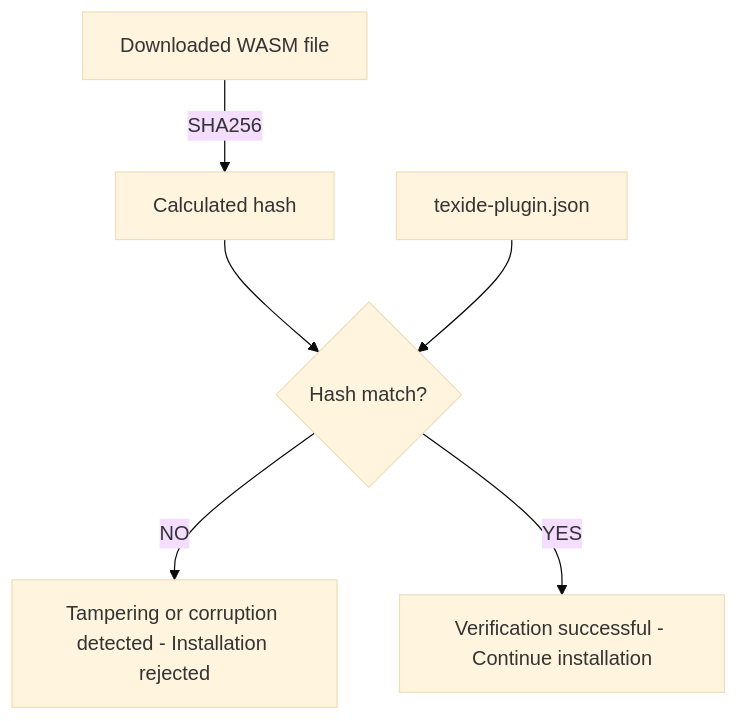
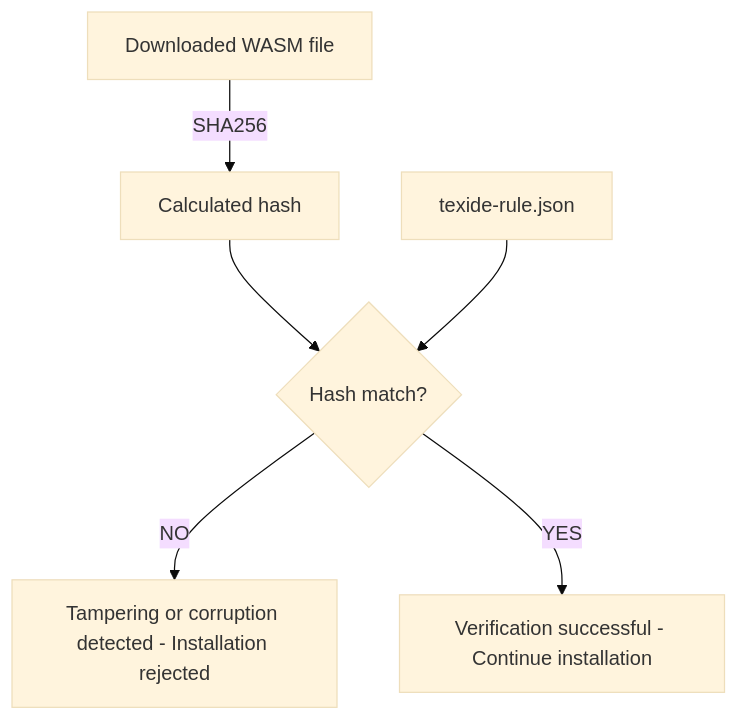
The third of 3 diagrams in docs/plugin-distribution.md (simorgh3196/tsuzulint), drawn with Mermaid (base theme) before and after one commit. The commit also changed other lines of this file and 3 other files, not shown here.

````diff
--- a/docs/plugin-distribution.md
+++ b/docs/plugin-distribution.md
@@ -558,13 +558,13 @@
 ```mermaid
 flowchart TB
     WASM[Downloaded WASM file]
     CALC[Calculated hash]
-    TOML[texide-plugin.json]
+    TOML[texide-rule.json]
 
     WASM -->|SHA256| CALC
     CALC --> CHECK{Hash match?}
     TOML --> CHECK
 
     CHECK -->|NO| FAIL[Tampering or corruption detected - Installation rejected]
     CHECK -->|YES| OK[Verification successful - Continue installation]
 ```
````
